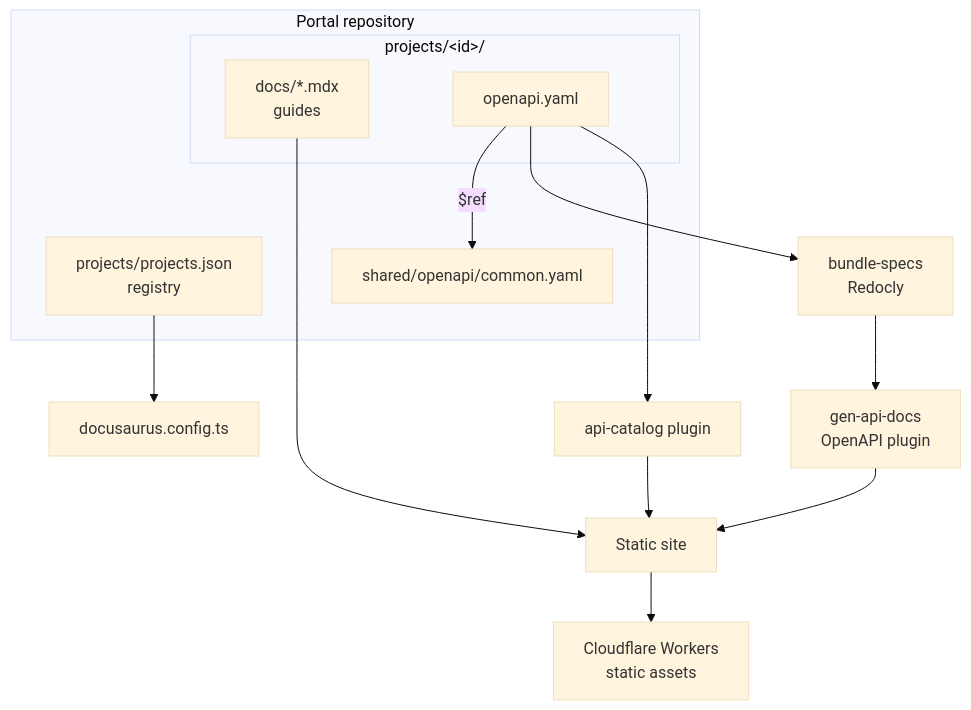
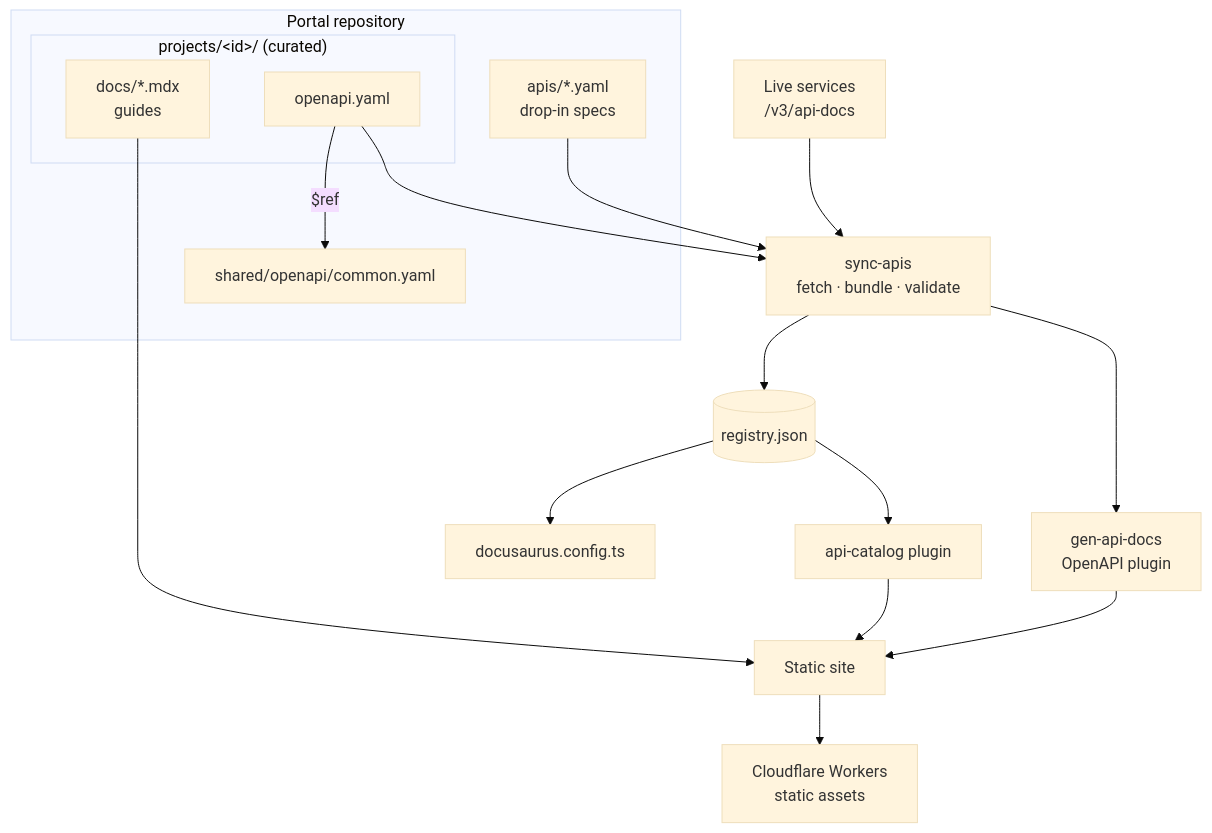
Before and after one commit to mdav43/PimcoPlates: the diagram in docs/intro.mdx, drawn with Mermaid (base theme). The commit also changed other lines of this file and 32 other files, not shown here.

First line of the commit message:
Auto-document all APIs from OpenAPI specs (files, drop-ins, live URLs)

````diff
--- a/docs/intro.mdx
+++ b/docs/intro.mdx
@@ -12,18 +12,20 @@
 ```mermaid
 flowchart TB
   subgraph Repo["Portal repository"]
-    REG[projects/projects.json<br/>registry]
-    subgraph P1["projects/&lt;id&gt;/"]
+    subgraph P1["projects/&lt;id&gt;/ (curated)"]
       MD[docs/*.mdx<br/>guides]
       OAS[openapi.yaml]
     end
+    DROP[apis/*.yaml<br/>drop-in specs]
     SH[shared/openapi/common.yaml]
   end
+  LIVE[Live services<br/>/v3/api-docs] --> SYNC
   OAS -- $ref --> SH
-  REG --> CFG[docusaurus.config.ts]
-  OAS --> BUNDLE[bundle-specs<br/>Redocly] --> GEN[gen-api-docs<br/>OpenAPI plugin]
+  OAS & DROP --> SYNC[sync-apis<br/>fetch · bundle · validate]
+  SYNC --> REG[(registry.json)] --> CFG[docusaurus.config.ts]
+  SYNC --> GEN[gen-api-docs<br/>OpenAPI plugin]
   GEN --> SITE[Static site]
   MD --> SITE
-  OAS --> CAT[api-catalog plugin] --> SITE
+  REG --> CAT[api-catalog plugin] --> SITE
   SITE --> CF[Cloudflare Workers<br/>static assets]
 ```
````
